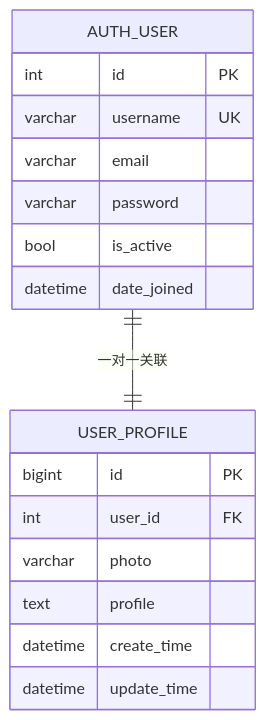
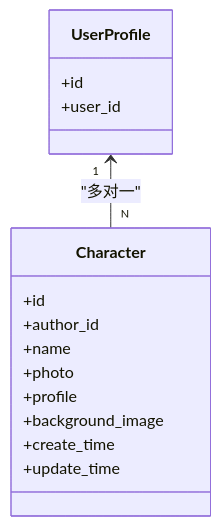
One commit to Blaipchi/LLM_AIfriends changed the fourth of 7 diagrams in .qoder/repowiki/zh/content/数据模型.md. Above: the diagram before and after it, drawn with Mermaid. The commit also changed other lines of this file and 89 other files, not shown here.

````diff
--- a/.qoder/repowiki/zh/content/数据模型.md
+++ b/.qoder/repowiki/zh/content/数据模型.md
@@ -167,20 +224,18 @@
 ```mermaid
-erDiagram
-AUTH_USER {
-int id PK
-varchar username UK
-varchar email
-varchar password
-bool is_active
-datetime date_joined
+classDiagram
+class UserProfile {
++id
++user_id
 }
-USER_PROFILE {
-bigint id PK
-int user_id FK
-varchar photo
-text profile
-datetime create_time
-datetime update_time
+class Character {
++id
++author_id
++name
++photo
++profile
++background_image
++create_time
++update_time
 }
-AUTH_USER ||--|| USER_PROFILE : "一对一关联"
+UserProfile "1" <-- "N" Character : "多对一"
 ```
````
